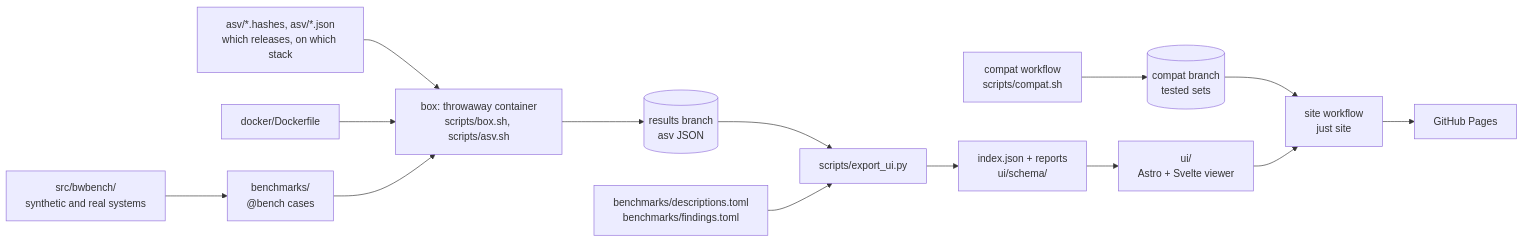
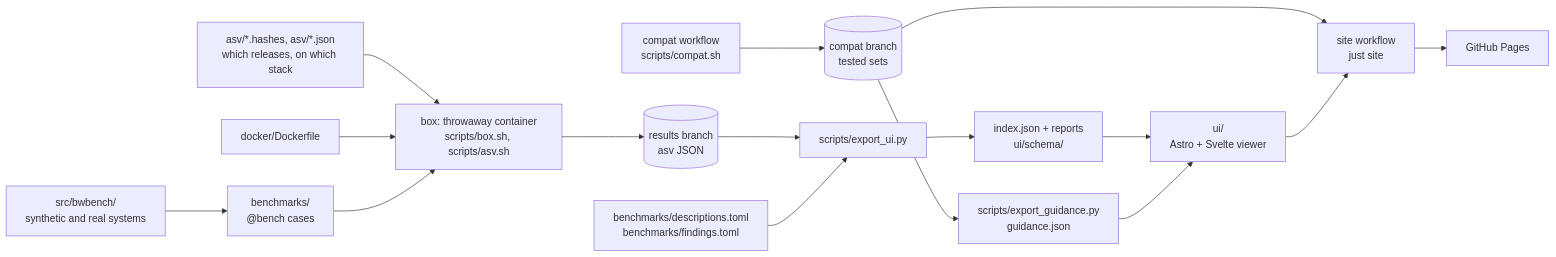
Before and after one commit to simonvanlierde/brightway-benchmarks: the diagram in docs/architecture.md, drawn with Mermaid. The commit also changed other lines of this file, not shown here.

First line of the commit message:
docs: fix the workflow list, box claim and diagram in architecture.md

````diff
--- a/docs/architecture.md
+++ b/docs/architecture.md
@@ -8,16 +8,18 @@
 ```mermaid
 flowchart LR
     hashes["asv/*.hashes, asv/*.json<br/>which releases, on which stack"] --> box
     docker["docker/Dockerfile"] --> box
     bench["benchmarks/<br/>@bench cases"] --> box
     synth["src/bwbench/<br/>synthetic and real systems"] --> bench
     box["box: throwaway container<br/>scripts/box.sh, scripts/asv.sh"] --> results[("results branch<br/>asv JSON")]
     compat["compat workflow<br/>scripts/compat.sh"] --> compatb[("compat branch<br/>tested sets")]
     results --> export["scripts/export_ui.py"]
     descr["benchmarks/descriptions.toml<br/>benchmarks/findings.toml"] --> export
     export --> json["index.json + reports<br/>ui/schema/"]
     json --> ui["ui/<br/>Astro + Svelte viewer"]
+    compatb --> guide["scripts/export_guidance.py<br/>guidance.json"]
+    guide --> ui
     compatb --> site["site workflow<br/>just site"]
     ui --> site
     site --> pages["GitHub Pages"]
 ```
````
